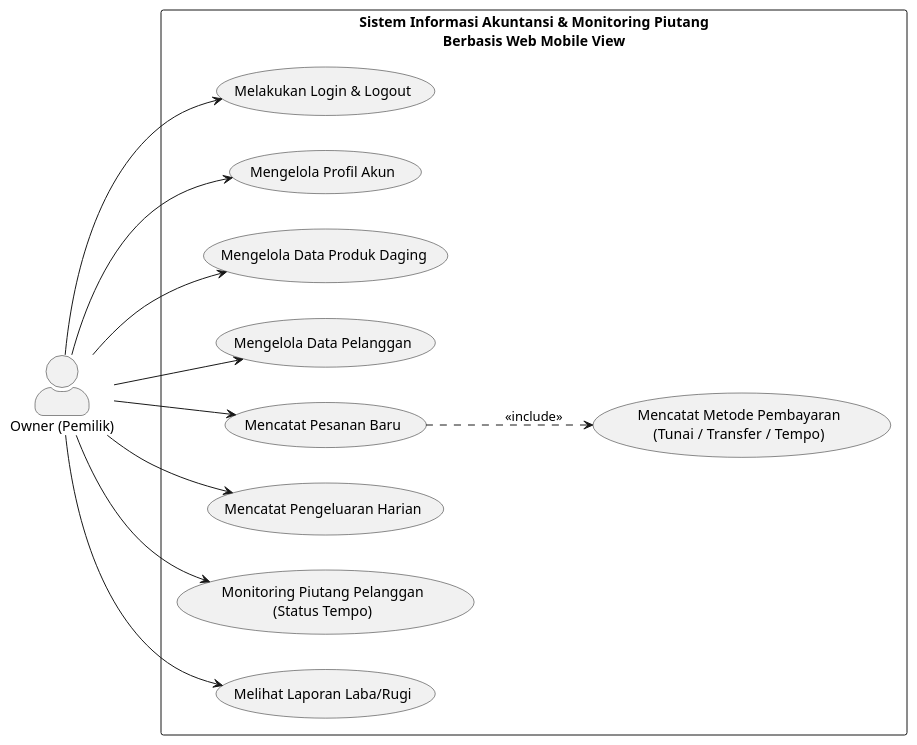
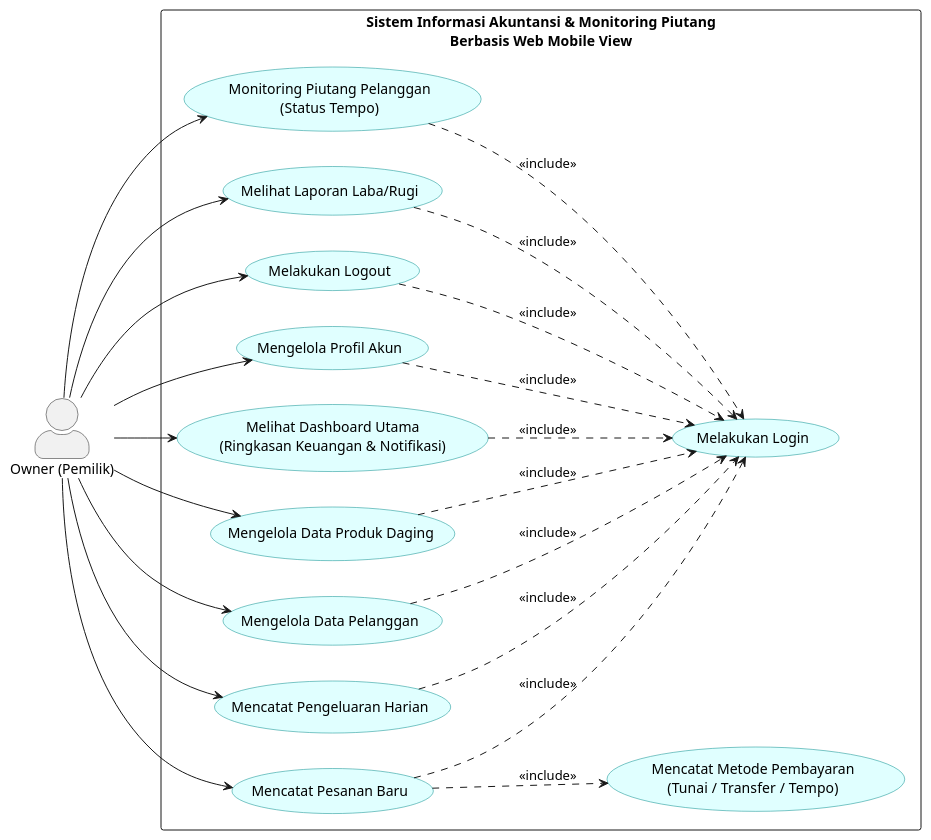
Before and after one commit to anandajuliar/umlcapstone: the diagram in usecase.puml, drawn with PlantUML. The commit also changed 2 other files, not shown here.

```diff
--- a/usecase.puml
+++ b/usecase.puml
@@ -1,41 +1,61 @@
 @startuml
 left to right direction
 skinparam packageStyle rectangle
 skinparam actorStyle awesome
+skinparam usecase {
+    BackgroundColor LightCyan
+    BorderColor DarkCyan
+}
 
 actor "Owner (Pemilik)" as owner
 
 rectangle "Sistem Informasi Akuntansi & Monitoring Piutang\nBerbasis Web Mobile View" {
     
     '--- Akses ---
-    usecase "Melakukan Login & Logout" as UC_Login
+    usecase "Melakukan Login" as UC_Login
+    usecase "Melakukan Logout" as UC_Logout
     usecase "Mengelola Profil Akun" as UC_Profil
+    
+    '--- Dashboard Utama ---
+    usecase "Melihat Dashboard Utama\n(Ringkasan Keuangan & Notifikasi)" as UC_Dashboard
     
     '--- Core Fitur Master ---
     usecase "Mengelola Data Produk Daging" as UC_Produk
     usecase "Mengelola Data Pelanggan" as UC_Pelangan
     
-    '--- Transaksi & Operasional ---
+    '--- Transaksi & Operasional (Input Data) ---
     usecase "Mencatat Pesanan Baru" as UC_Pesanan
     usecase "Mencatat Metode Pembayaran\n(Tunai / Transfer / Tempo)" as UC_Bayar
     usecase "Mencatat Pengeluaran Harian" as UC_Pengeluaran
     
-    '--- Monitoring & Akuntansi ---
+    '--- Monitoring & Akuntansi (Output Data) ---
     usecase "Monitoring Piutang Pelanggan\n(Status Tempo)" as UC_Piutang
     usecase "Melihat Laporan Laba/Rugi" as UC_LabaRugi
 }
 
-'--- Hubungan Owner ---
-owner --> UC_Login
-owner --> UC_Profil
-owner --> UC_Produk
-owner --> UC_Pelangan
+'--- Hubungan Owner ke Fitur (Tanpa direct line ke Login) ---
+owner --> UC_Logout
+owner --> UC_Dashboard
 owner --> UC_Pesanan
 owner --> UC_Pengeluaran
 owner --> UC_Piutang
 owner --> UC_LabaRugi
+owner --> UC_Produk
+owner --> UC_Pelangan
+owner --> UC_Profil
 
-'--- Include ---
+'--- Include Core Logic ---
 UC_Pesanan ..> UC_Bayar : <<include>>
 
+'--- Include ke Login (Aturan Kampus) ---
+UC_Dashboard ..> UC_Login : <<include>>
+UC_Profil ..> UC_Login : <<include>>
+UC_Produk ..> UC_Login : <<include>>
+UC_Pelangan ..> UC_Login : <<include>>
+UC_Pesanan ..> UC_Login : <<include>>
+UC_Pengeluaran ..> UC_Login : <<include>>
+UC_Piutang ..> UC_Login : <<include>>
+UC_LabaRugi ..> UC_Login : <<include>>
+UC_Logout ..> UC_Login : <<include>>
+
 @enduml
```
